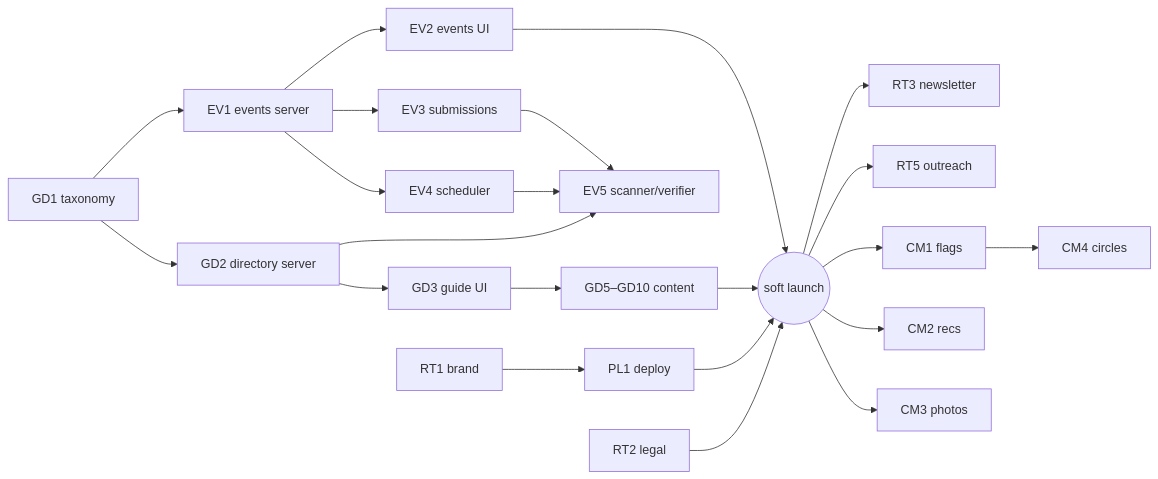
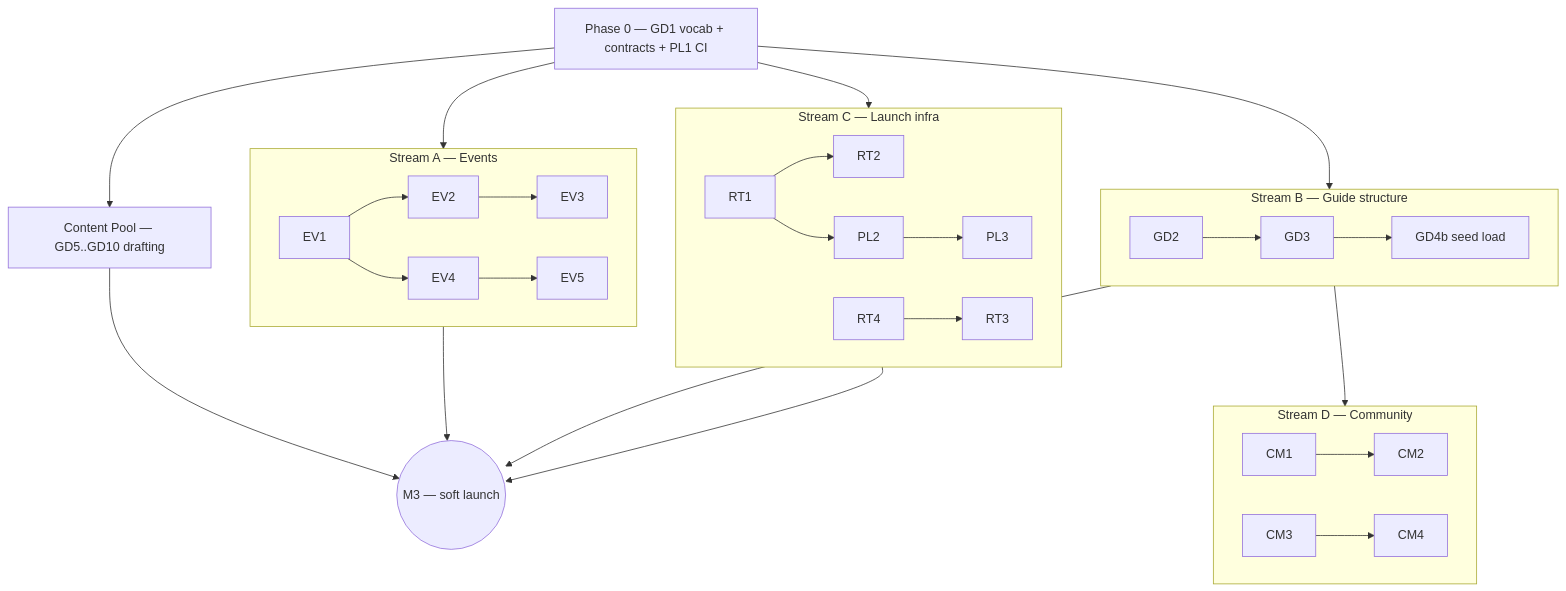
One commit to masonbendixen/community_finder changed the diagram in Claude/Initial Project Implementation Outline.md. Above: the diagram before and after it, drawn with Mermaid. The commit also changed other lines of this file and 1 other file, not shown here.

````diff
--- a/Claude/Initial Project Implementation Outline.md
+++ b/Claude/Initial Project Implementation Outline.md
@@ -77,14 +89,25 @@
 ```mermaid
-graph LR
-  GD1[GD1 taxonomy] --> EV1[EV1 events server] --> EV2[EV2 events UI]
-  GD1 --> GD2[GD2 directory server] --> GD3[GD3 guide UI] --> GDC[GD5–GD10 content]
-  EV1 --> EV3[EV3 submissions] & EV4[EV4 scheduler] --> EV5[EV5 scanner/verifier]
-  GD2 --> EV5
-  RT1[RT1 brand] --> PL1[PL1 deploy]
-  EV2 --> L((soft launch))
-  GDC --> L
-  PL1 --> L
-  RT2[RT2 legal] --> L
-  L --> RT3[RT3 newsletter] & RT5[RT5 outreach] & CM1[CM1 flags] & CM2[CM2 recs] & CM3[CM3 photos]
-  CM1 --> CM4[CM4 circles]
+graph TB
+  P0[Phase 0 — GD1 vocab + contracts + PL1 CI] --> SA & SB & SC & POOL
+  subgraph SA[Stream A — Events]
+    EV1 --> EV2 --> EV3
+    EV1 --> EV4 --> EV5
+  end
+  subgraph SB[Stream B — Guide structure]
+    GD2 --> GD3 --> GD4b[GD4b seed load]
+  end
+  subgraph SC[Stream C — Launch infra]
+    RT1 --> RT2
+    RT1 --> PL2 --> PL3
+    RT4 --> RT3
+  end
+  subgraph SD[Stream D — Community]
+    CM1 --> CM2
+    CM3 --> CM4
+  end
+  SB --> SD
+  POOL[Content Pool — GD5..GD10 drafting] --> M3
+  SA --> M3((M3 — soft launch))
+  SB --> M3
+  SC --> M3
 ```
````
